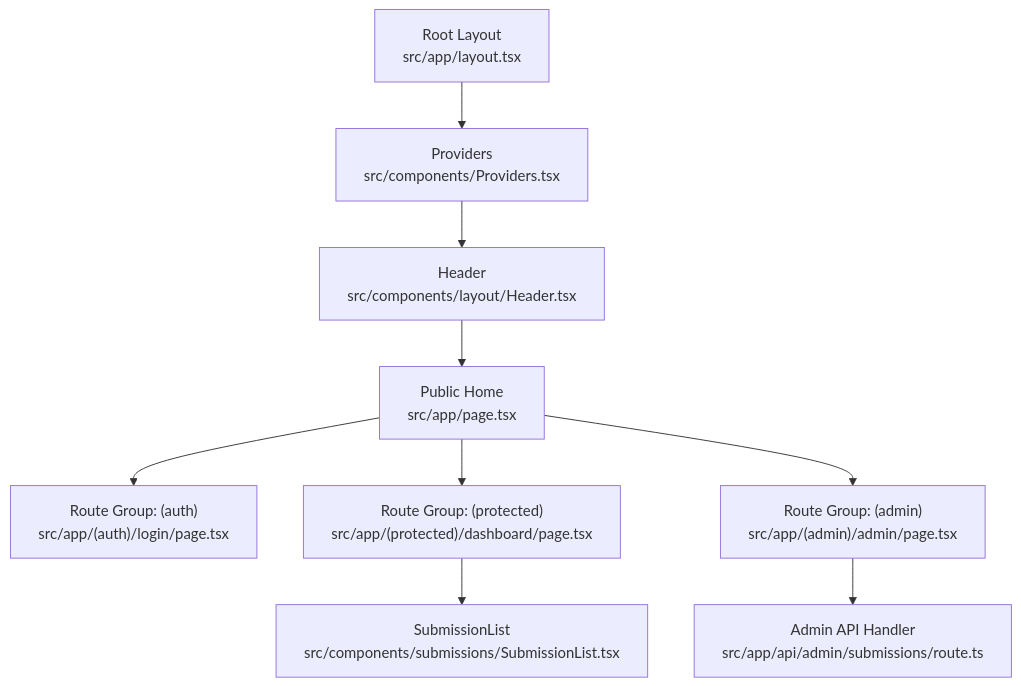
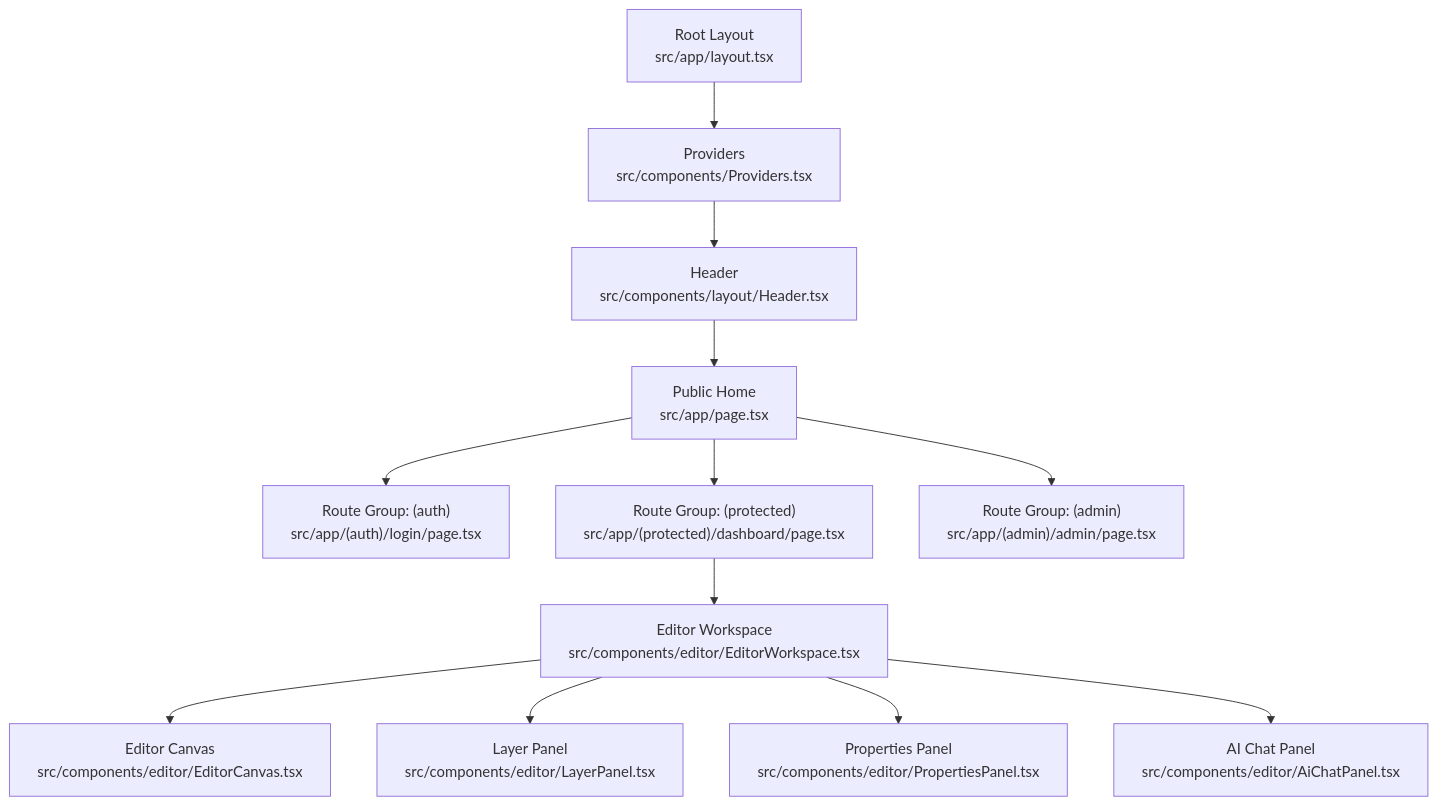
The first of 16 diagrams in .qoder/repowiki/en/content/Architecture Overview/Frontend Architecture.md (Crowdspender/titchybooks-app), drawn with Mermaid before and after one commit. The commit also changed other lines of this file and 62 other files, not shown here.

````diff
--- a/.qoder/repowiki/en/content/Architecture Overview/Frontend Architecture.md
+++ b/.qoder/repowiki/en/content/Architecture Overview/Frontend Architecture.md
@@ -49,11 +73,14 @@
 ```mermaid
 graph TB
 A["Root Layout<br/>src/app/layout.tsx"] --> B["Providers<br/>src/components/Providers.tsx"]
 B --> C["Header<br/>src/components/layout/Header.tsx"]
 C --> D["Public Home<br/>src/app/page.tsx"]
 D --> E["Route Group: (auth)<br/>src/app/(auth)/login/page.tsx"]
 D --> F["Route Group: (protected)<br/>src/app/(protected)/dashboard/page.tsx"]
 D --> G["Route Group: (admin)<br/>src/app/(admin)/admin/page.tsx"]
-F --> H["SubmissionList<br/>src/components/submissions/SubmissionList.tsx"]
-G --> I["Admin API Handler<br/>src/app/api/admin/submissions/route.ts"]
+F --> H["Editor Workspace<br/>src/components/editor/EditorWorkspace.tsx"]
+H --> I["Editor Canvas<br/>src/components/editor/EditorCanvas.tsx"]
+H --> J["Layer Panel<br/>src/components/editor/LayerPanel.tsx"]
+H --> K["Properties Panel<br/>src/components/editor/PropertiesPanel.tsx"]
+H --> L["AI Chat Panel<br/>src/components/editor/AiChatPanel.tsx"]
 ```
````
